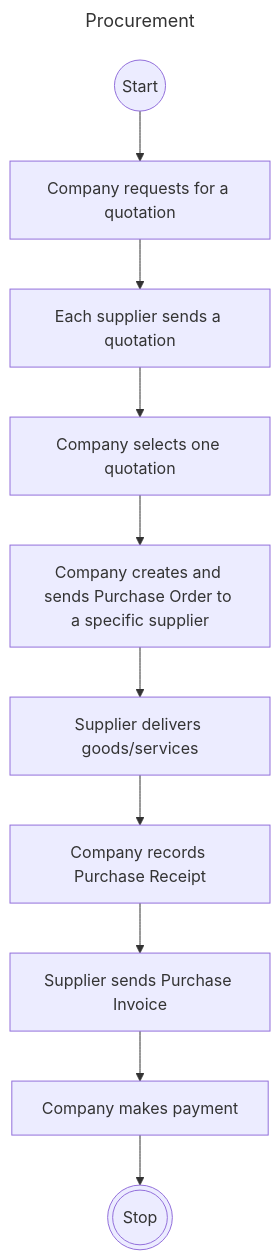
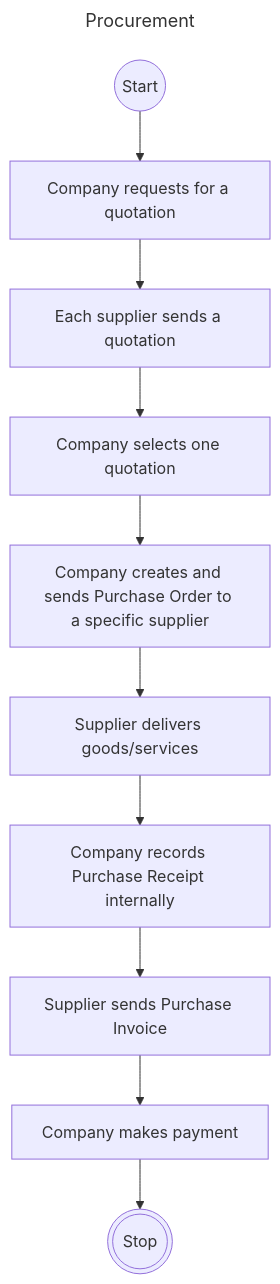
The diagram in docs/Flowchart_Procurement.mermaid (alcoffeeocha/ERP-Lite), drawn with Mermaid before and after one commit. The commit also changed 1 other file, not shown here.

Commit message:
docs(procurement): add clarity on Purchase Receipt entity

```diff
--- a/docs/Flowchart_Procurement.mermaid
+++ b/docs/Flowchart_Procurement.mermaid
@@ -1,24 +1,24 @@
 ---
 title: Procurement
 ---
 flowchart TB
     Start((Start))
     C1[Company requests for a quotation]
     S1[Each supplier sends a quotation]
     C2[Company selects one quotation]
     C3[Company creates and sends Purchase Order to a specific supplier]
     S2[Supplier delivers goods/services]
-    C4[Company records Purchase Receipt]
+    C4[Company records Purchase Receipt internally]
     S3[Supplier sends Purchase Invoice]
     C5[Company makes payment]
     Stop(((Stop)))
 
     Start --> C1
     C1 --> S1
     S1 --> C2
     C2 --> C3
     C3 --> S2
     S2 --> C4
     C4 --> S3
     S3 --> C5
     C5 --> Stop
```
